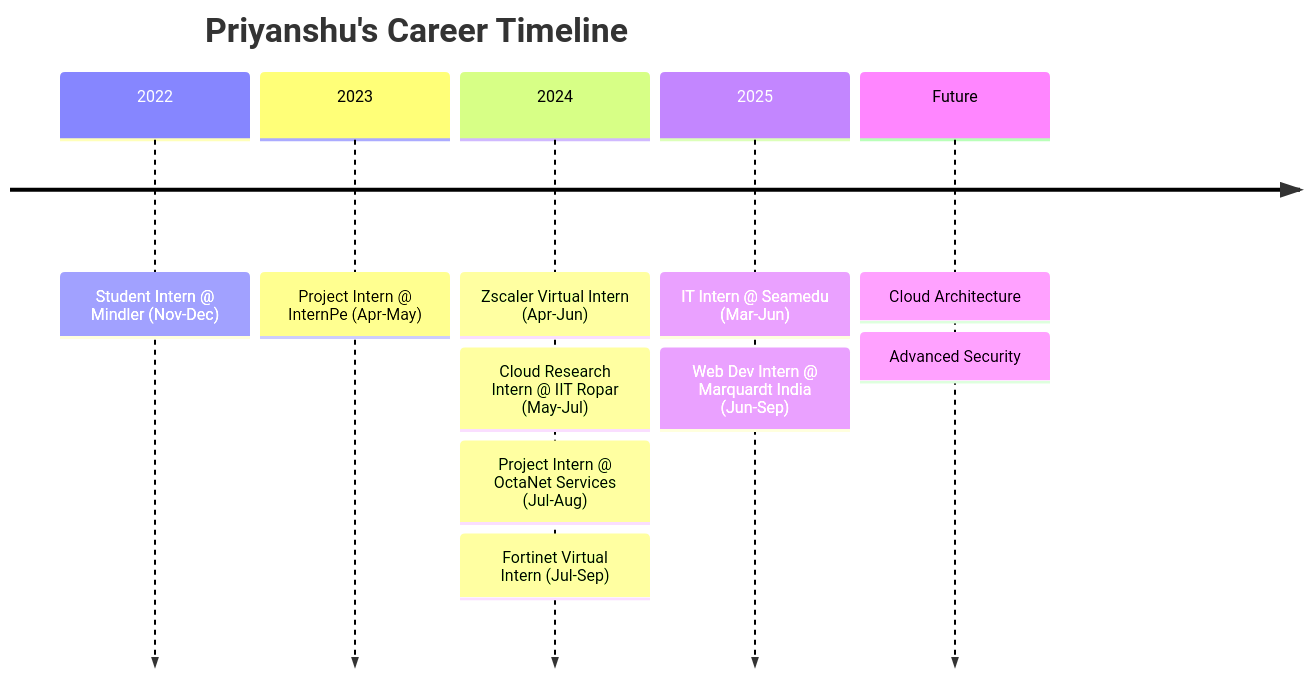
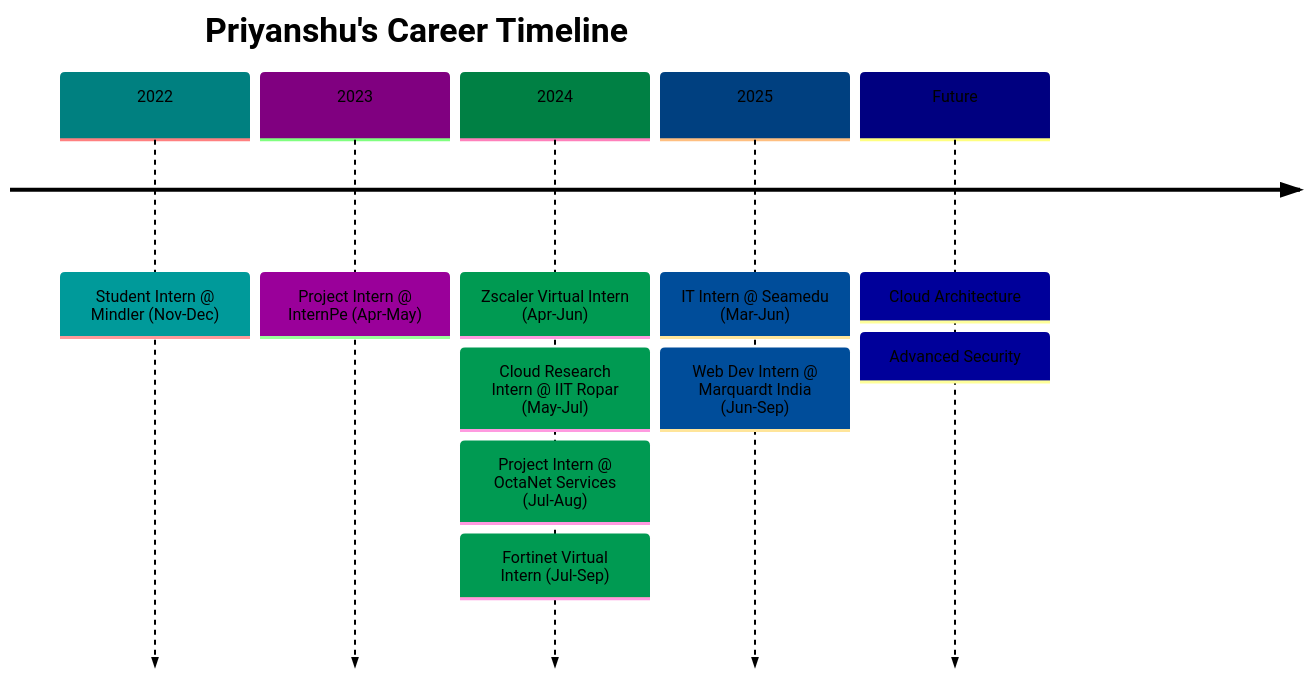
Before and after one commit to PriyanshuKSharma/portfolio_priyanshuksharma: the diagram in ABOUT_ME.md, drawn with Mermaid. The commit also changed other lines of this file, not shown here.

Commit message:
docs: fix stats rendering and customize mermaid timeline colors

````diff
--- a/ABOUT_ME.md
+++ b/ABOUT_ME.md
@@ -225,19 +225,20 @@
 ```mermaid
 timeline
+    %%{init: { 'theme': 'base', 'themeVariables': { 'primaryColor': '#00ffff', 'primaryTextColor': '#000', 'secondaryColor': '#ff00ff', 'secondaryTextColor': '#fff', 'tertiaryColor': '#00ff88', 'tertiaryTextColor': '#000' } } }%%
     title Priyanshu's Career Timeline
     2022
         : Student Intern @ Mindler (Nov-Dec)
     2023
         : Project Intern @ InternPe (Apr-May)
     2024
         : Zscaler Virtual Intern (Apr-Jun)
         : Cloud Research Intern @ IIT Ropar (May-Jul)
         : Project Intern @ OctaNet Services (Jul-Aug)
         : Fortinet Virtual Intern (Jul-Sep)
     2025
         : IT Intern @ Seamedu (Mar-Jun)
         : Web Dev Intern @ Marquardt India (Jun-Sep)
     Future
         : Cloud Architecture
         : Advanced Security
 ```
````
